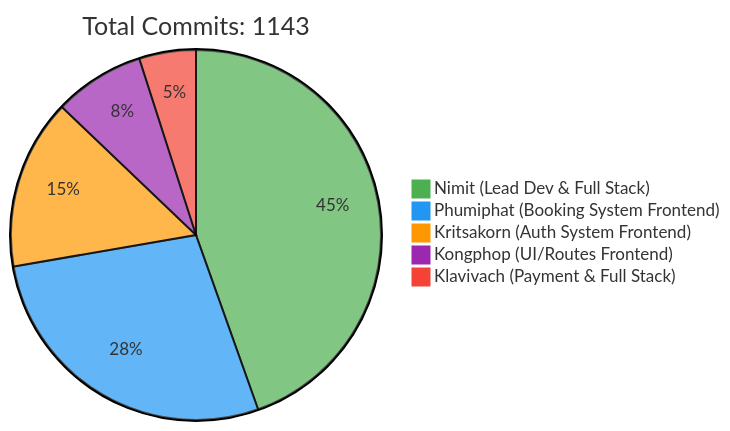
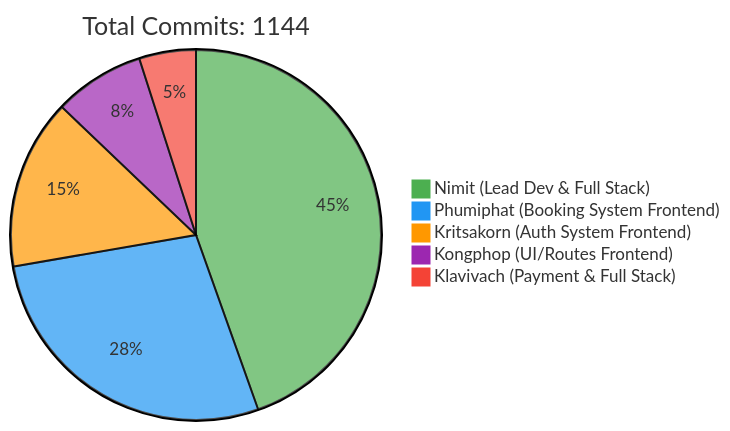
Before and after one commit to 6531503042/Sport-Complex: the first of 2 diagrams in README.md, drawn with Mermaid. The commit also changed other lines of this file, not shown here.

Commit message:
docs: Update contributor statistics [skip ci]

````diff
--- a/README.md
+++ b/README.md
@@ -257,10 +257,10 @@
 ```mermaid
 %%{init: {'theme': 'base', 'themeVariables': { 'pie1': '#4CAF50', 'pie2': '#2196F3', 'pie3': '#FF9800', 'pie4': '#9C27B0', 'pie5': '#F44336'}}}%%
 pie
-    title Total Commits: 1143
+    title Total Commits: 1144
     "Nimit (Lead Dev & Full Stack)" : 450
     "Phumiphat (Booking System Frontend)" : 280
     "Kritsakorn (Auth System Frontend)" : 150
     "Kongphop (UI/Routes Frontend)" : 80
     "Klavivach (Payment & Full Stack)" : 50
 ```
````
